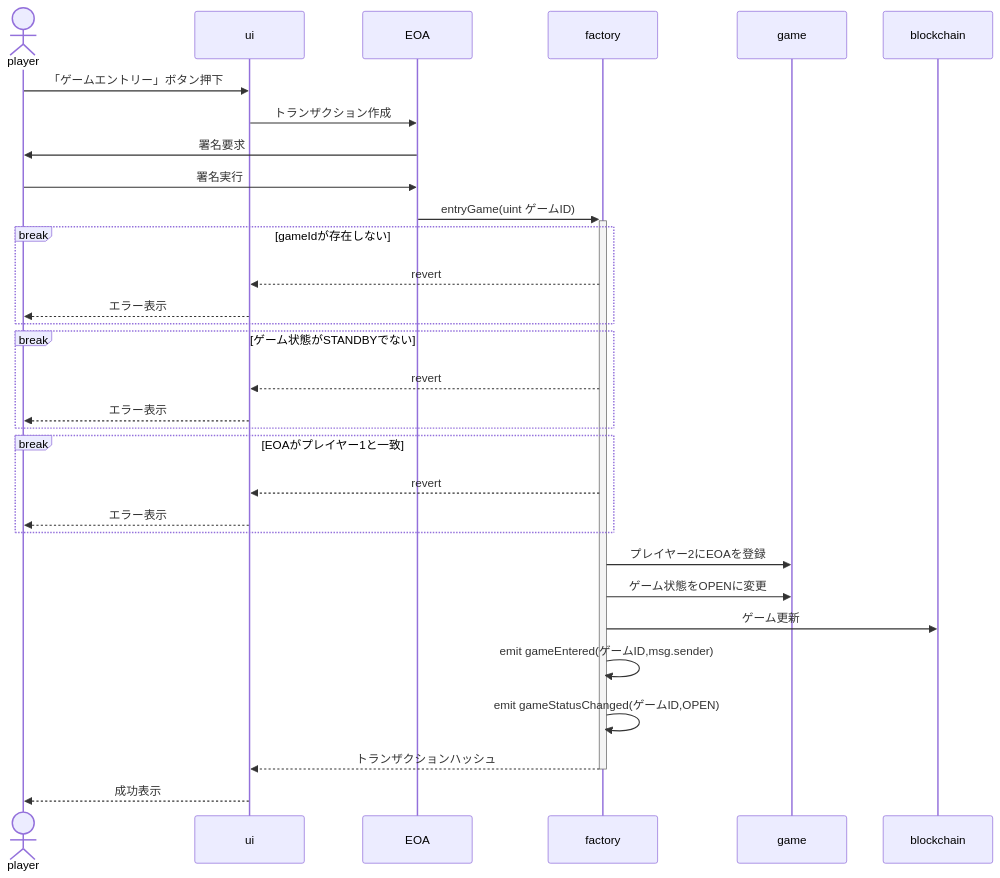
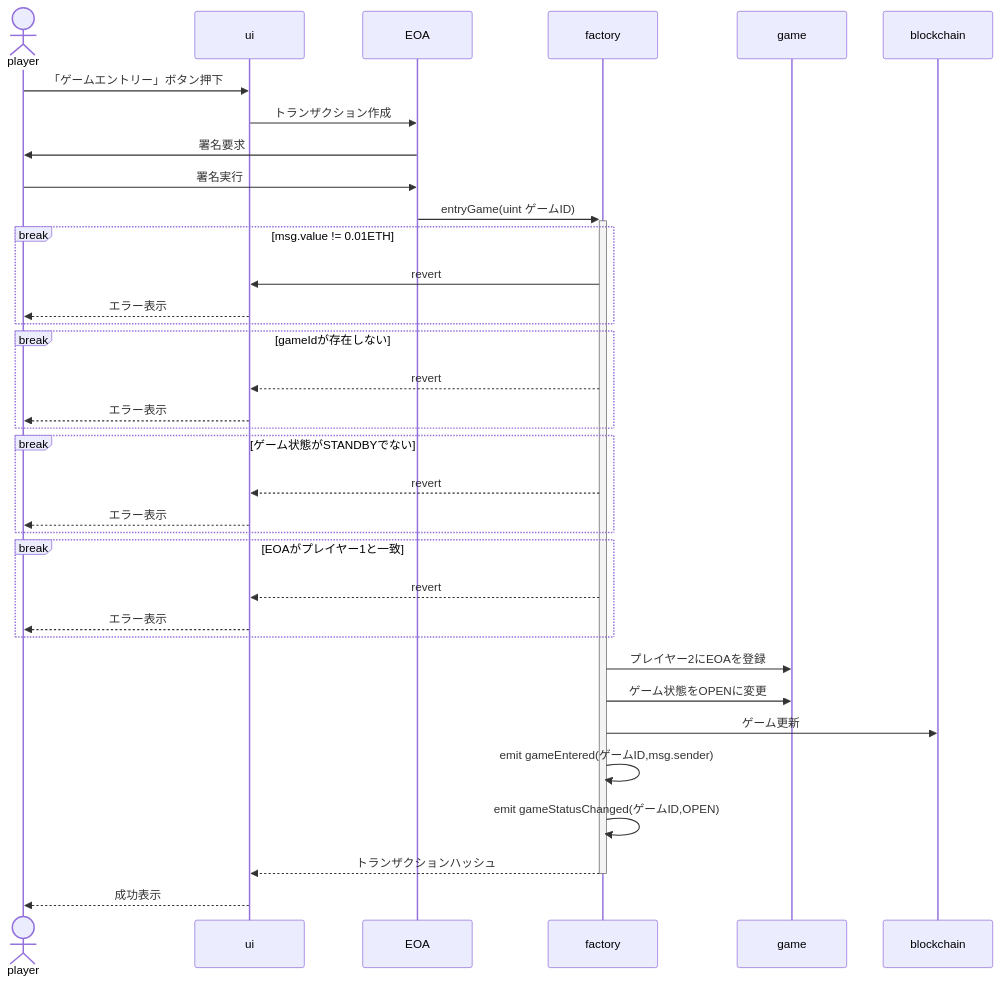
Before and after one commit to 0xHaku/preprod-gomoku: the second of 4 diagrams in doc/sequence.md, drawn with Mermaid. The commit also changed other lines of this file and 12 other files, not shown here.

````diff
--- a/doc/sequence.md
+++ b/doc/sequence.md
@@ -28,34 +32,38 @@
 ```mermaid
 sequenceDiagram
     actor player
     participant ui
     participant EOA
     participant factory
     participant game
     participant blockchain
 
     player->>ui: 「ゲームエントリー」ボタン押下
     ui->>EOA: トランザクション作成
     EOA->>player: 署名要求
     player->>EOA: 署名実行
     EOA->>+factory: entryGame(uint ゲームID)
+    break msg.value != 0.01ETH
+        factory->>ui: revert
+        ui-->>player: エラー表示
+    end
     break gameIdが存在しない
         factory-->>ui: revert
         ui-->>player: エラー表示
     end
     break ゲーム状態がSTANDBYでない
         factory-->>ui: revert
         ui-->>player: エラー表示
     end
     break EOAがプレイヤー1と一致
         factory-->>ui: revert
         ui-->>player: エラー表示
     end
     factory->>game: プレイヤー2にEOAを登録
     factory->>game: ゲーム状態をOPENに変更
     factory->>blockchain: ゲーム更新
     factory->>factory: emit gameEntered(ゲームID,msg.sender)
     factory->>factory: emit gameStatusChanged(ゲームID,OPEN)
     factory-->>-ui: トランザクションハッシュ
     ui-->>player: 成功表示
 ```
````
